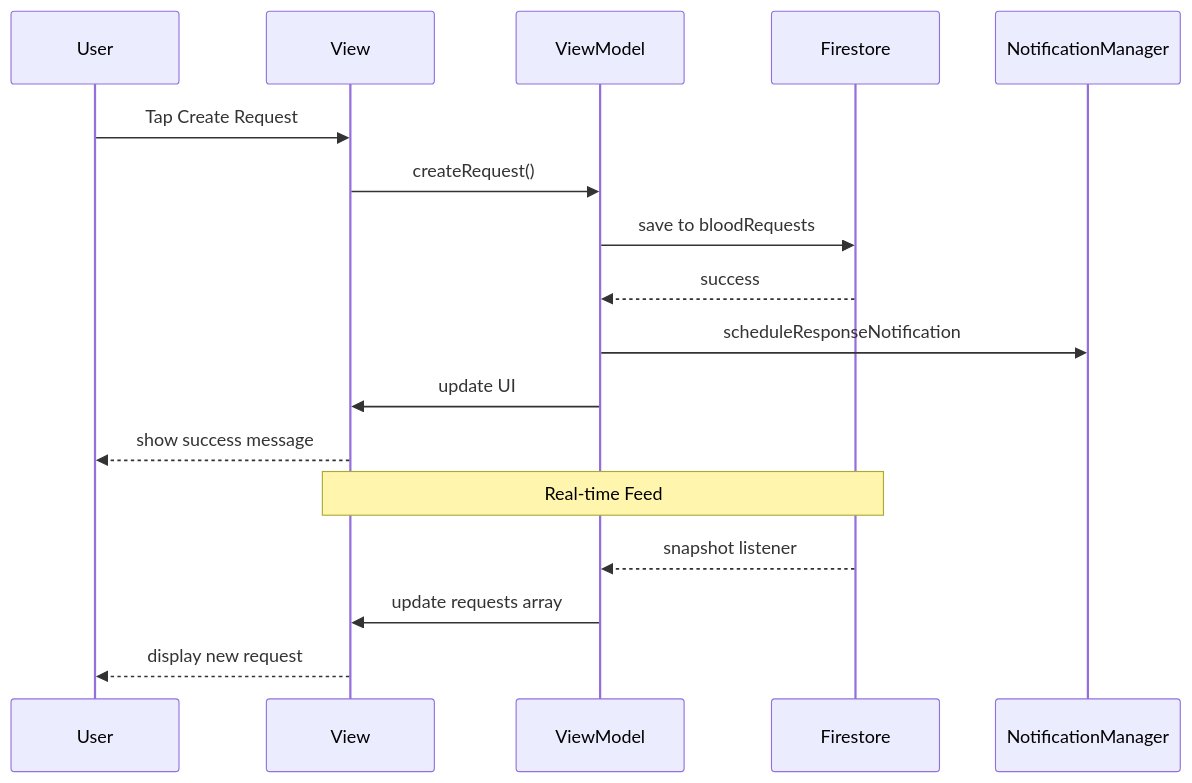
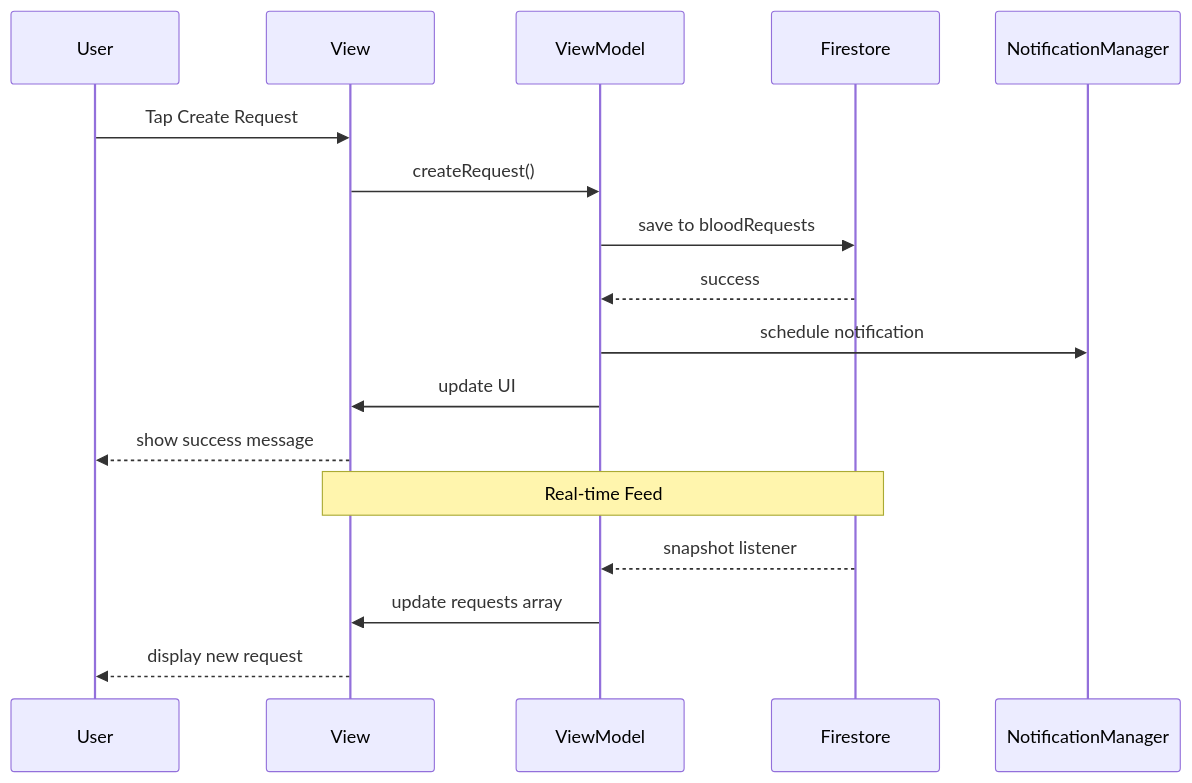
One commit to commoner02/BloodQ changed the first of 2 diagrams in README.md. Above: the diagram before and after it, drawn with Mermaid. The commit also changed other lines of this file, not shown here.

````diff
--- a/README.md
+++ b/README.md
@@ -249,21 +254,21 @@
 ```mermaid
 sequenceDiagram
     participant U as User
     participant V as View
     participant VM as ViewModel
     participant F as Firestore
     participant N as NotificationManager
     
     U->>V: Tap Create Request
     V->>VM: createRequest()
     VM->>F: save to bloodRequests
     F-->>VM: success
-    VM->>N: scheduleResponseNotification
+    VM->>N: schedule notification
     VM->>V: update UI
     V-->>U: show success message
     
     Note over V,F: Real-time Feed
     F-->>VM: snapshot listener
     VM->>V: update requests array
     V-->>U: display new request
 ```
````
